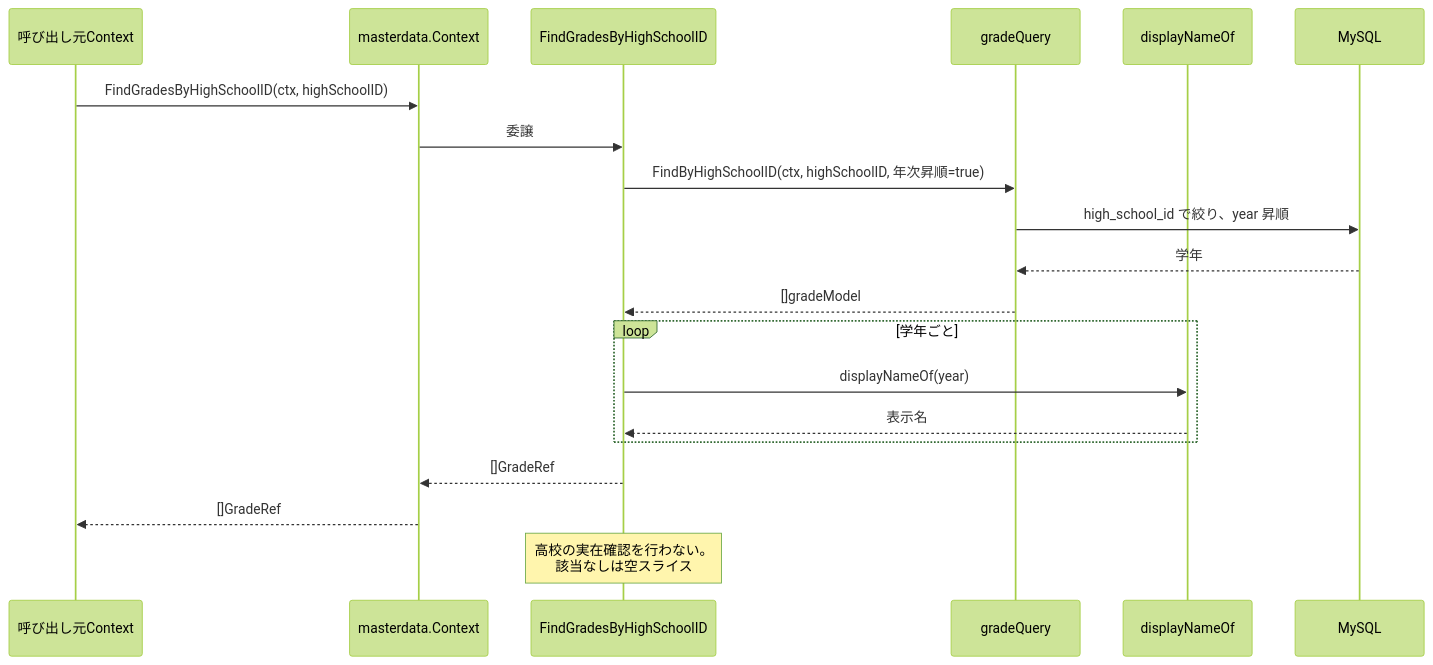
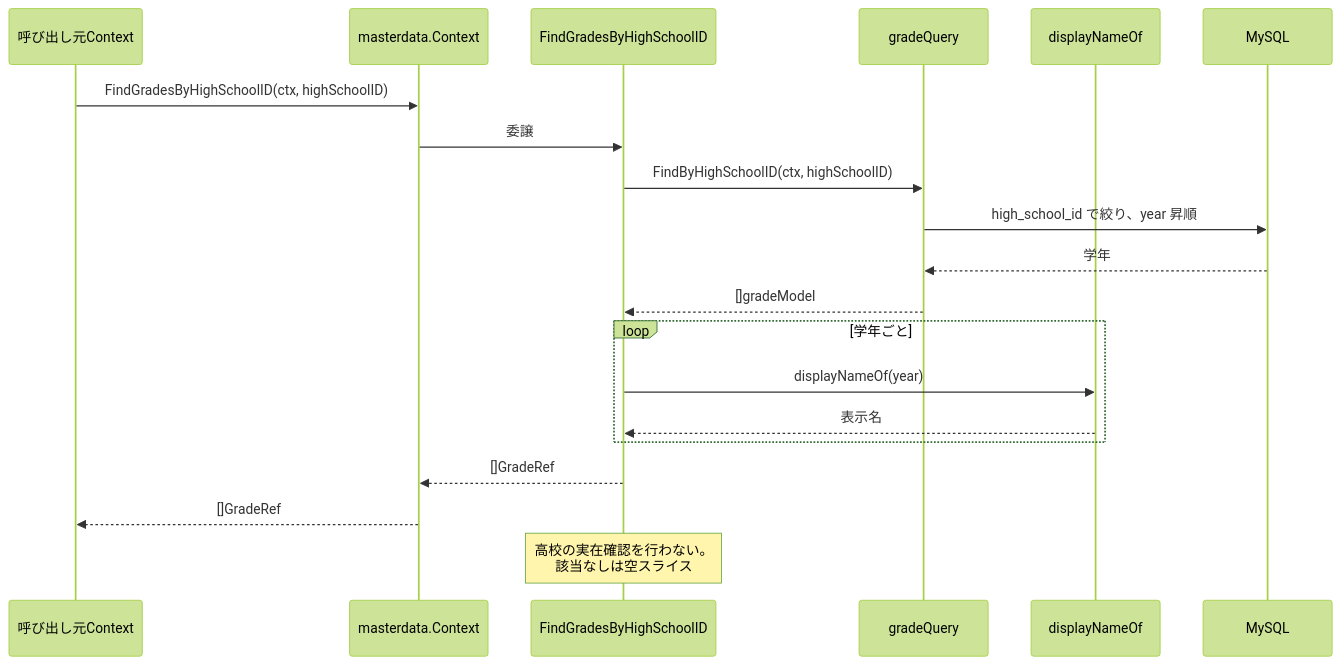
Before and after one commit to yuta20253/edu-platform-go-design: the third of 5 diagrams in 計画書/Go実装仕様書/共通マスタ参照機能_Go実装仕様書_1_基盤.md, drawn with Mermaid (forest theme). The commit also changed other lines of this file and 21 other files, not shown here.

````diff
--- a/計画書/Go実装仕様書/共通マスタ参照機能_Go実装仕様書_1_基盤.md
+++ b/計画書/Go実装仕様書/共通マスタ参照機能_Go実装仕様書_1_基盤.md
@@ -388,23 +388,23 @@
 ```mermaid
 sequenceDiagram
     participant OC as 呼び出し元Context
     participant MC as masterdata.Context
     participant A as FindGradesByHighSchoolID
     participant Q as gradeQuery
     participant D as displayNameOf
     participant DB as MySQL
 
     OC->>MC: FindGradesByHighSchoolID(ctx, highSchoolID)
     MC->>A: 委譲
-    A->>Q: FindByHighSchoolID(ctx, highSchoolID, 年次昇順=true)
+    A->>Q: FindByHighSchoolID(ctx, highSchoolID)
     Q->>DB: high_school_id で絞り、year 昇順
     DB-->>Q: 学年
     Q-->>A: []gradeModel
     loop 学年ごと
         A->>D: displayNameOf(year)
         D-->>A: 表示名
     end
     A-->>MC: []GradeRef
     MC-->>OC: []GradeRef
     Note over A: 高校の実在確認を行わない。<br/>該当なしは空スライス
 ```
````
